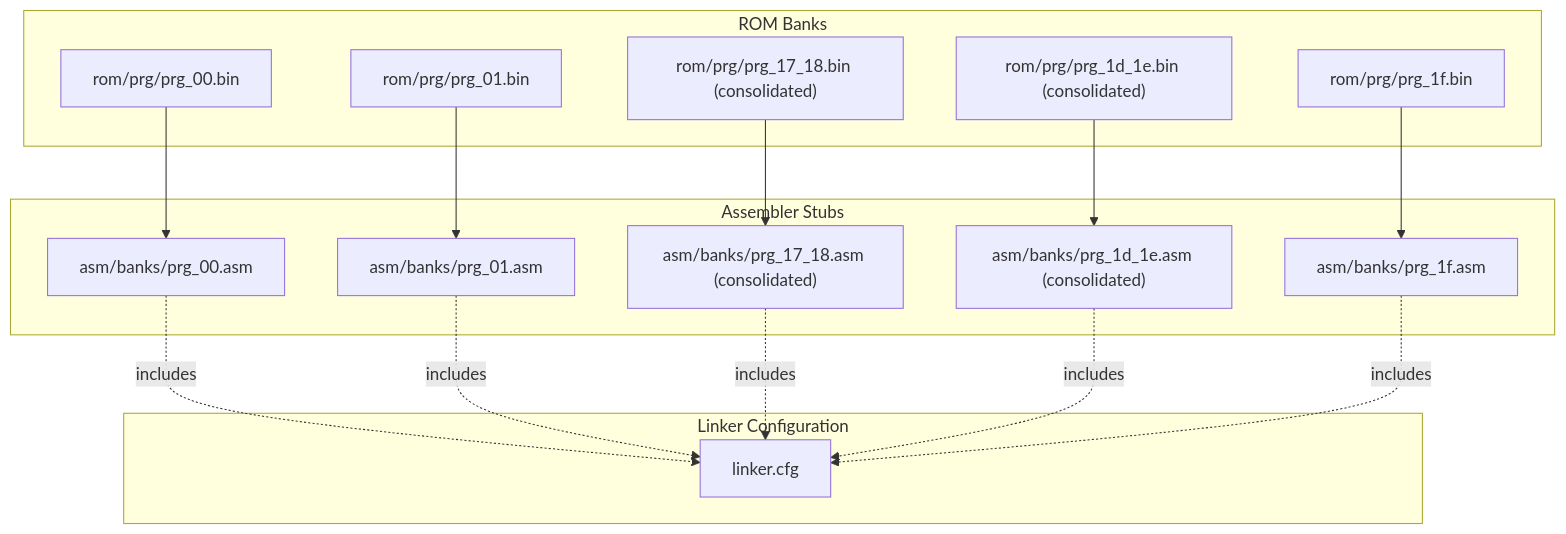
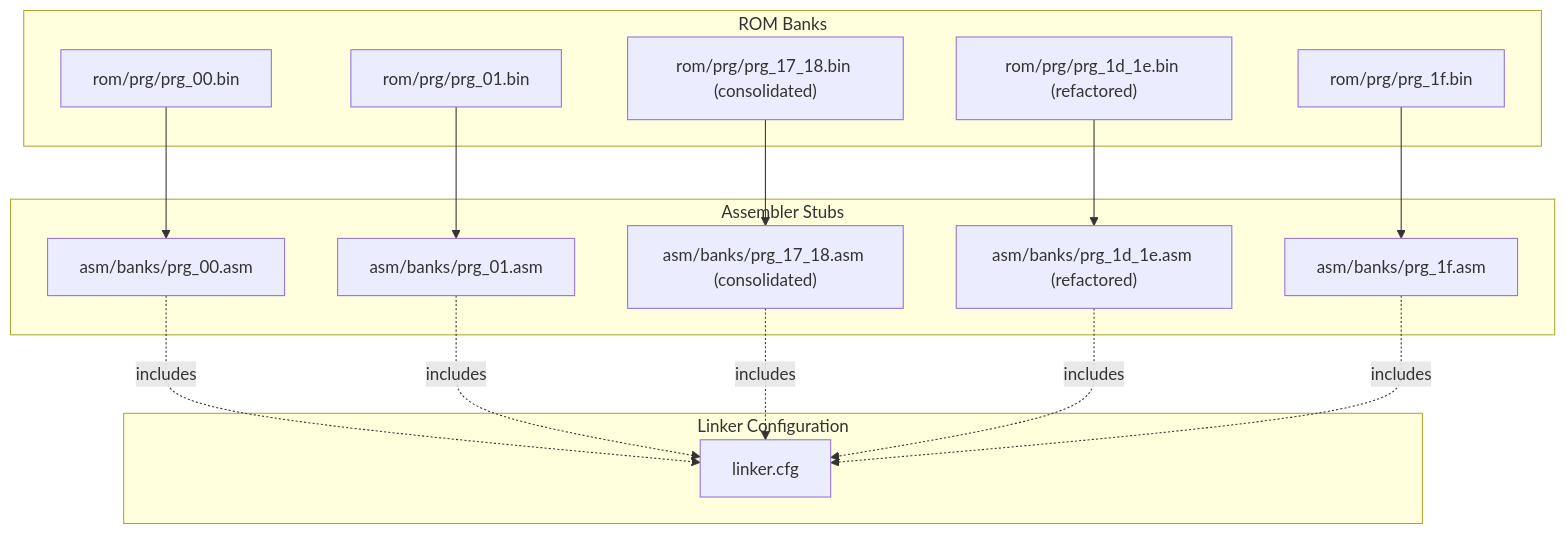
The first of 3 diagrams in .qoder/repowiki/en/content/Assembly Architecture/Bank Organization and Memory Layout.md (rabbyzero/sango2dasm), drawn with Mermaid before and after one commit. The commit also changed other lines of this file and 11 other files, not shown here.

````diff
--- a/.qoder/repowiki/en/content/Assembly Architecture/Bank Organization and Memory Layout.md
+++ b/.qoder/repowiki/en/content/Assembly Architecture/Bank Organization and Memory Layout.md
@@ -48,30 +48,30 @@
 ```mermaid
 graph TB
 subgraph "ROM Banks"
 B00["rom/prg/prg_00.bin"]
 B01["rom/prg/prg_01.bin"]
 B17_18["rom/prg/prg_17_18.bin (consolidated)"]
-B1D_1E["rom/prg/prg_1d_1e.bin (consolidated)"]
+B1D_1E["rom/prg/prg_1d_1e.bin (refactored)"]
 B1F["rom/prg/prg_1f.bin"]
 end
 subgraph "Assembler Stubs"
 S00["asm/banks/prg_00.asm"]
 S01["asm/banks/prg_01.asm"]
 S17_18["asm/banks/prg_17_18.asm (consolidated)"]
-S1D_1E["asm/banks/prg_1d_1e.asm (consolidated)"]
+S1D_1E["asm/banks/prg_1d_1e.asm (refactored)"]
 S1F["asm/banks/prg_1f.asm"]
 end
 subgraph "Linker Configuration"
 CFG["linker.cfg"]
 end
 B00 --> S00
 B01 --> S01
 B17_18 --> S17_18
 B1D_1E --> S1D_1E
 B1F --> S1F
 S00 -. includes .-> CFG
 S01 -. includes .-> CFG
 S17_18 -. includes .-> CFG
 S1D_1E -. includes .-> CFG
 S1F -. includes .-> CFG
 ```
````
